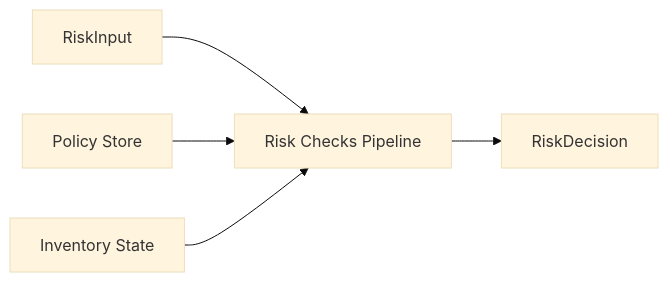
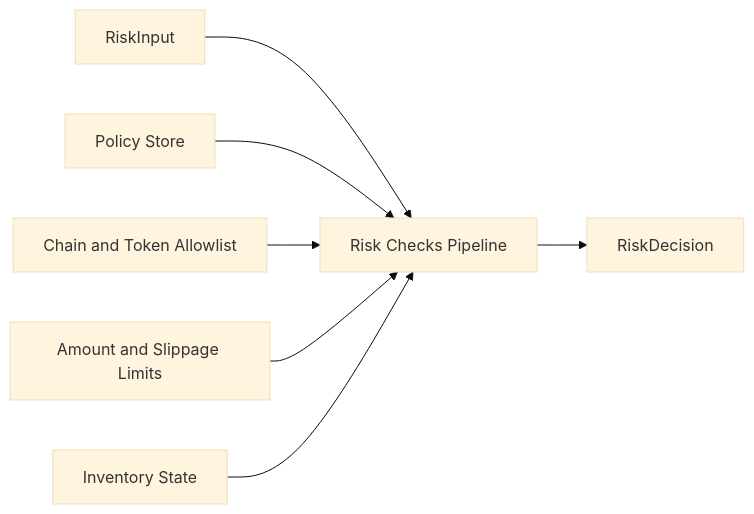
The first of 3 diagrams in book/Volume5-BackendEngineering/Chapter04-Risk-Service.md (alvis-ai/production-grade-web3-rfq-market-maker), drawn with Mermaid (base theme) before and after one commit. The commit also changed other lines of this file and 4 other files, not shown here.

````diff
--- a/book/Volume5-BackendEngineering/Chapter04-Risk-Service.md
+++ b/book/Volume5-BackendEngineering/Chapter04-Risk-Service.md
@@ -47,13 +48,17 @@
 ```mermaid
 flowchart LR
   Input[RiskInput]
   Policy[Policy Store]
+  Allowlist[Chain and Token Allowlist]
+  Amount[Amount and Slippage Limits]
   Inventory[Inventory State]
   Checks[Risk Checks Pipeline]
   Decision[RiskDecision]
 
   Input --> Checks
   Policy --> Checks
+  Allowlist --> Checks
+  Amount --> Checks
   Inventory --> Checks
   Checks --> Decision
 ```
````
